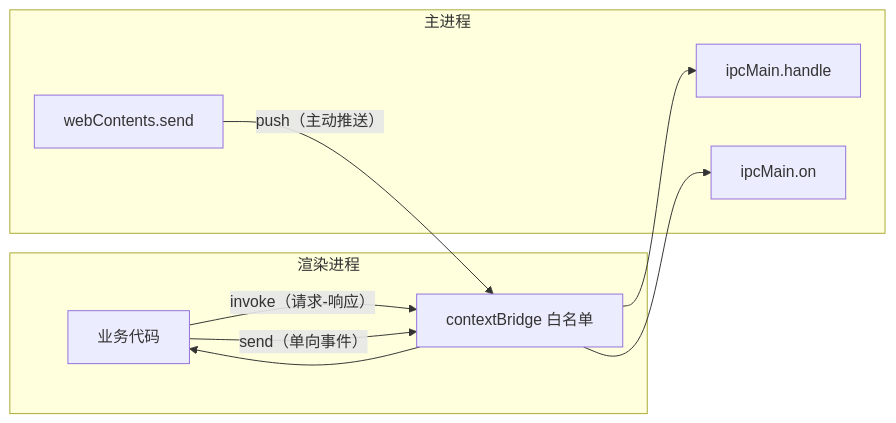
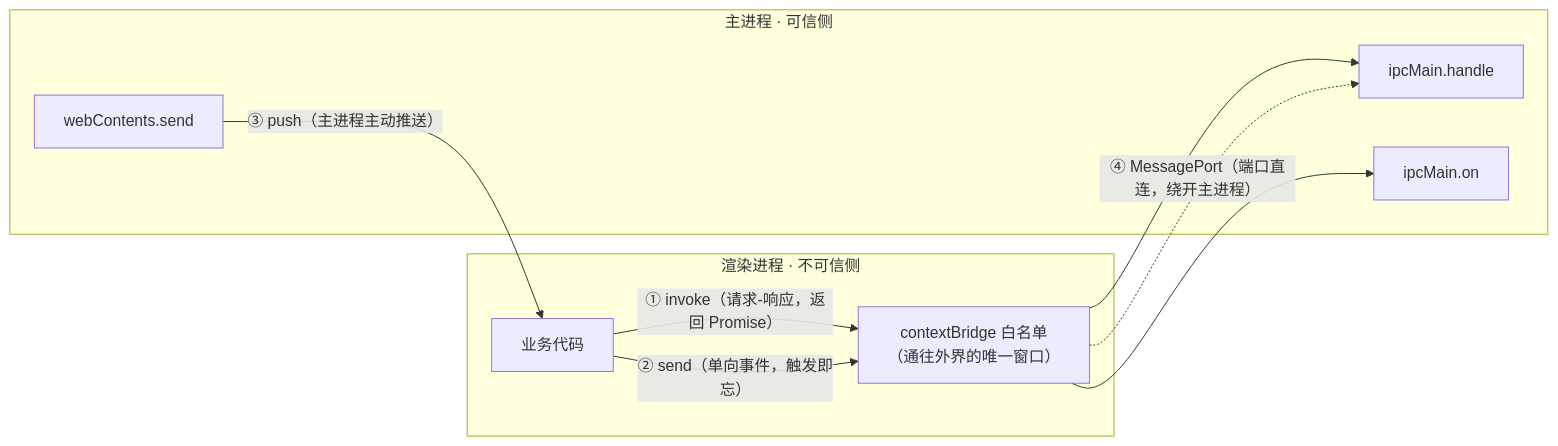
One commit to zenHeart/learn-electron changed the diagram in docs/part2-core/09-ipc.md. Above: the diagram before and after it, drawn with Mermaid. The commit also changed other lines of this file and 7 other files, not shown here.

First line of the commit message:
ui: mermaid 主题对齐站点 token + 核心图升级

````diff
--- a/docs/part2-core/09-ipc.md
+++ b/docs/part2-core/09-ipc.md
@@ -9,15 +9,16 @@
 ```mermaid
 flowchart LR
-    subgraph R[渲染进程]
-        rcode[业务代码]
-        bridge[contextBridge 白名单]
+    subgraph R["渲染进程 · 不可信侧"]
+        rcode["业务代码"]
+        bridge["contextBridge 白名单<br/>（通往外界的唯一窗口）"]
     end
-    subgraph M[主进程]
-        h[ipcMain.handle]
-        on[ipcMain.on]
-        wc[webContents.send]
+    subgraph M["主进程 · 可信侧"]
+        h["ipcMain.handle"]
+        on["ipcMain.on"]
+        wc["webContents.send"]
     end
-    rcode -- "invoke（请求-响应）" --> bridge --> h
-    rcode -- "send（单向事件）" --> bridge --> on
-    wc -- "push（主动推送）" --> bridge --> rcode
+    rcode -- "① invoke（请求-响应，返回 Promise）" --> bridge --> h
+    rcode -- "② send（单向事件，触发即忘）" --> bridge --> on
+    wc -- "③ push（主进程主动推送）" --> rcode
+    bridge -. "④ MessagePort（端口直连，绕开主进程）" .-> h
 ```
````
